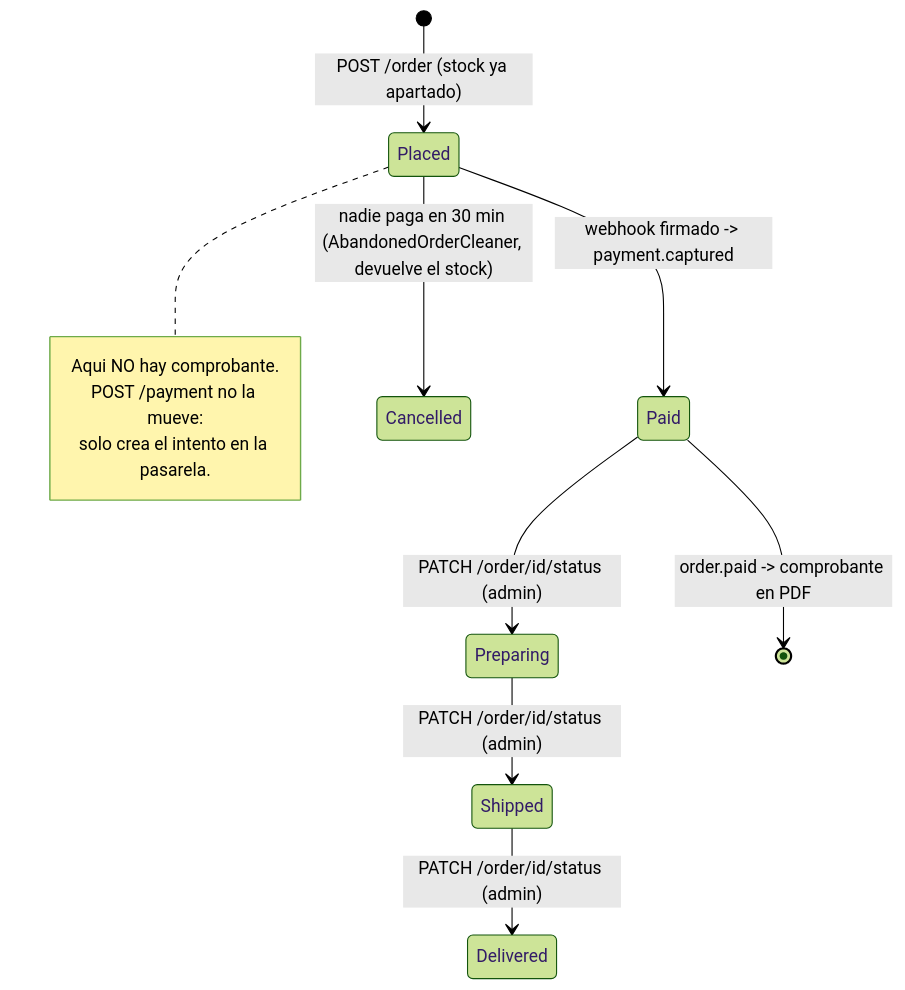
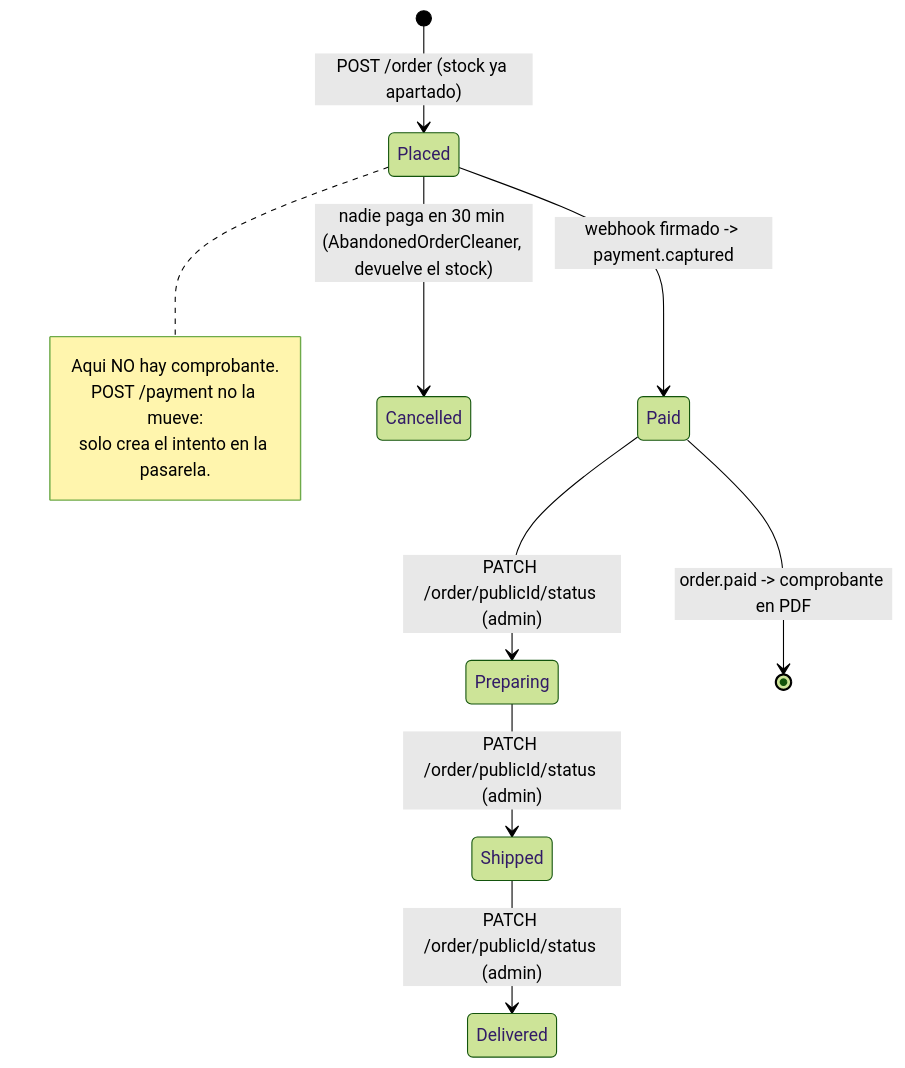
Before and after one commit to AlexMartin998/dotnet-ecommerce-v1: the sixth of 6 diagrams in AGENTS/docs/08-mapa-de-endpoints.md, drawn with Mermaid (forest theme). The commit also changed other lines of this file and 52 other files, not shown here.

````diff
--- a/AGENTS/docs/08-mapa-de-endpoints.md
+++ b/AGENTS/docs/08-mapa-de-endpoints.md
@@ -665,15 +672,15 @@
 ```mermaid
 stateDiagram-v2
     [*] --> Placed: POST /order (stock ya apartado)
     Placed --> Paid: webhook firmado -> payment.captured
     Placed --> Cancelled: nadie paga en 30 min (AbandonedOrderCleaner, devuelve el stock)
-    Paid --> Preparing: PATCH /order/id/status (admin)
-    Preparing --> Shipped: PATCH /order/id/status (admin)
-    Shipped --> Delivered: PATCH /order/id/status (admin)
+    Paid --> Preparing: PATCH /order/publicId/status (admin)
+    Preparing --> Shipped: PATCH /order/publicId/status (admin)
+    Shipped --> Delivered: PATCH /order/publicId/status (admin)
     Paid --> [*]: order.paid -> comprobante en PDF
     note right of Placed
         Aqui NO hay comprobante.
         POST /payment no la mueve:
         solo crea el intento en la pasarela.
     end note
 ```
````
